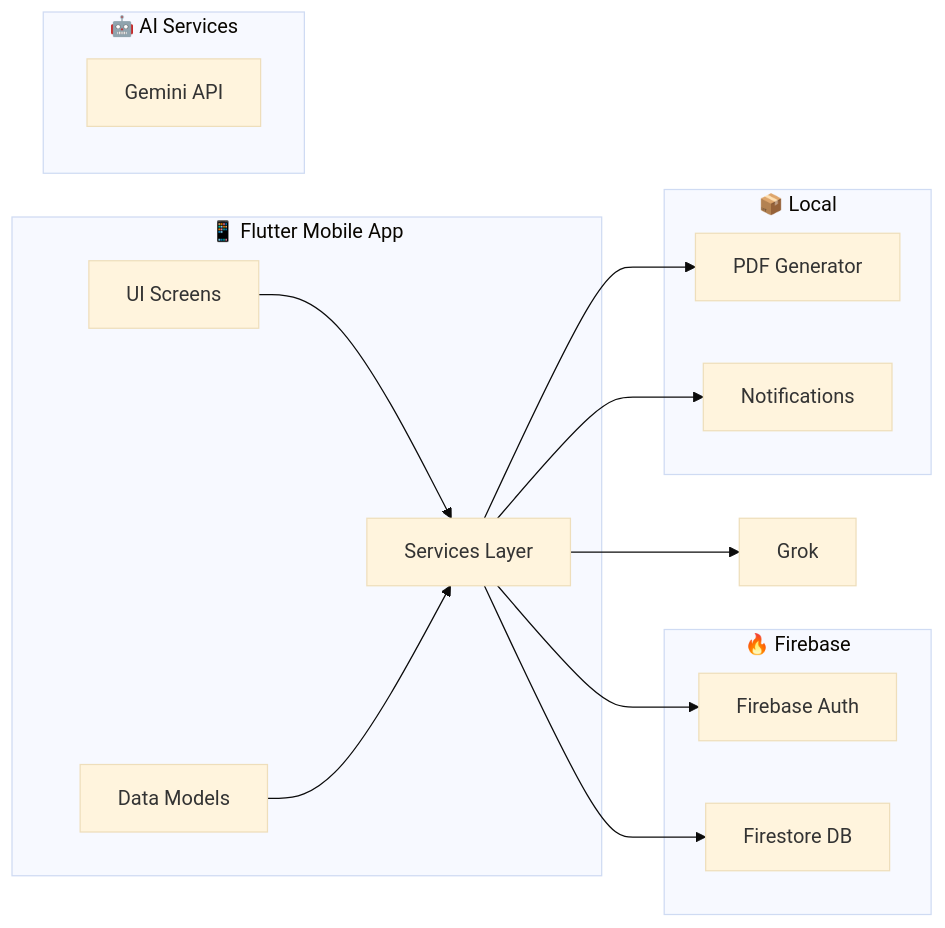
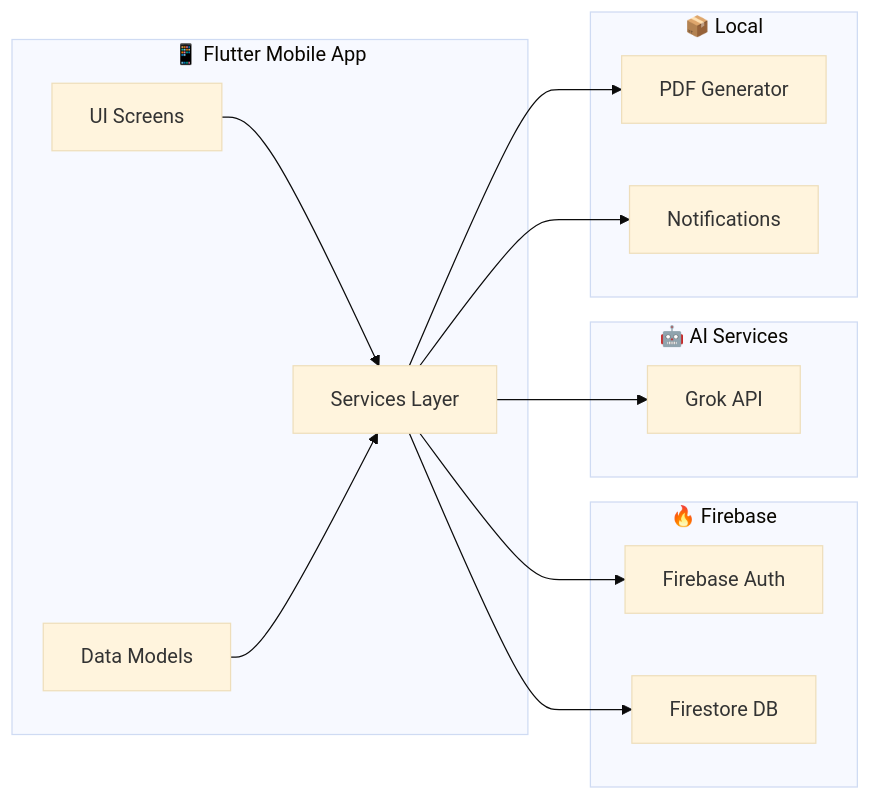
Before and after one commit to bushra-waseem/MaintainIQ: the second of 3 diagrams in README.md, drawn with Mermaid (base theme). The commit also changed other lines of this file, not shown here.

````diff
--- a/README.md
+++ b/README.md
@@ -78,30 +78,30 @@
 ```mermaid
 graph LR
     subgraph Mobile["📱 Flutter Mobile App"]
         UI[UI Screens]
         Services[Services Layer]
         Models[Data Models]
     end
 
     subgraph Firebase["🔥 Firebase"]
         Auth[Firebase Auth]
         Firestore[Firestore DB]
     end
 
     subgraph AI["🤖 AI Services"]
-        Gemini[Gemini API]
+        Grok[Grok API]
     end
 
     subgraph Local["📦 Local"]
         PDF[PDF Generator]
         Notif[Notifications]
     end
 
     UI --> Services
     Services --> Auth
     Services --> Firestore
     Services --> Grok
     Services --> PDF
     Services --> Notif
     Models --> Services
 ```
````
